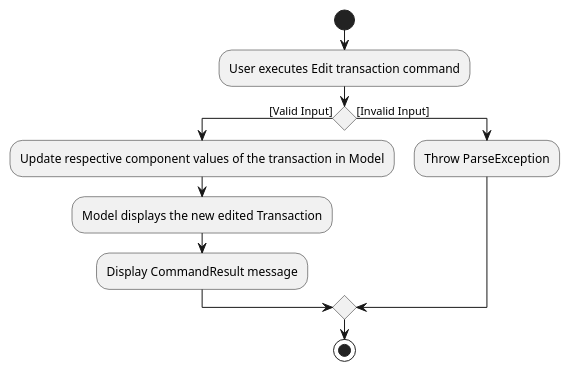
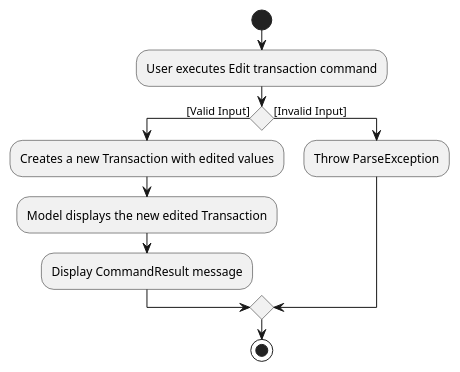
The diagram in docs/diagrams/edit-command/EditActivityDiagram.puml (nus-cs2103-AY1920S2/addressbook-level3), drawn with PlantUML before and after one commit. The commit also changed 5 other files, not shown here.

Commit message:
Edited DG diagrams and added appendix E and F

```diff
--- a/docs/diagrams/edit-command/EditActivityDiagram.puml
+++ b/docs/diagrams/edit-command/EditActivityDiagram.puml
@@ -1,14 +1,14 @@
 @startuml
 start
 :User executes Edit transaction command;
 
 
 if () then ([Valid Input])
-    :Update respective component values of the transaction in Model;
+    :Creates a new Transaction with edited values;
     :Model displays the new edited Transaction;
     :Display CommandResult message;
 else([Invalid Input])
     :Throw ParseException;
 endif
 stop
 @enduml
```
